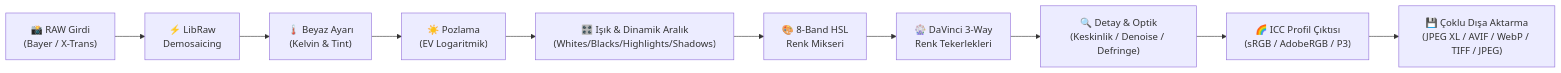
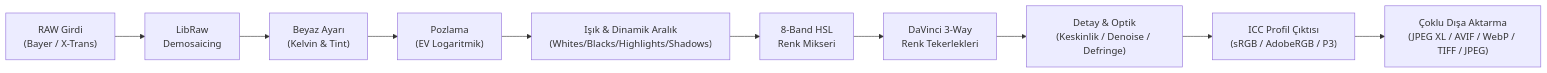
The second of 2 diagrams in README.tr.md (mickes66/omarchy-omastudio), drawn with Mermaid before and after one commit. The commit also changed other lines of this file and 3 other files, not shown here.

````diff
--- a/README.tr.md
+++ b/README.tr.md
@@ -66,12 +66,12 @@
 ```mermaid
 flowchart LR
-    A["📸 RAW Girdi<br/>(Bayer / X-Trans)"] --> B["⚡ LibRaw<br/>Demosaicing"]
-    B --> C["🌡️ Beyaz Ayarı<br/>(Kelvin & Tint)"]
-    C --> D["☀️ Pozlama<br/>(EV Logaritmik)"]
-    D --> E["🎛️ Işık & Dinamik Aralık<br/>(Whites/Blacks/Highlights/Shadows)"]
-    E --> F["🎨 8-Band HSL<br/>Renk Mikseri"]
-    F --> G["🎡 DaVinci 3-Way<br/>Renk Tekerlekleri"]
-    G --> H["🔍 Detay & Optik<br/>(Keskinlik / Denoise / Defringe)"]
-    H --> I["🌈 ICC Profil Çıktısı<br/>(sRGB / AdobeRGB / P3)"]
-    I --> J["💾 Çoklu Dışa Aktarma<br/>(JPEG XL / AVIF / WebP / TIFF / JPEG)"]
+    A[" RAW Girdi<br/>(Bayer / X-Trans)"] --> B[" LibRaw<br/>Demosaicing"]
+    B --> C[" Beyaz Ayarı<br/>(Kelvin & Tint)"]
+    C --> D[" Pozlama<br/>(EV Logaritmik)"]
+    D --> E[" Işık & Dinamik Aralık<br/>(Whites/Blacks/Highlights/Shadows)"]
+    E --> F[" 8-Band HSL<br/>Renk Mikseri"]
+    F --> G[" DaVinci 3-Way<br/>Renk Tekerlekleri"]
+    G --> H[" Detay & Optik<br/>(Keskinlik / Denoise / Defringe)"]
+    H --> I[" ICC Profil Çıktısı<br/>(sRGB / AdobeRGB / P3)"]
+    I --> J[" Çoklu Dışa Aktarma<br/>(JPEG XL / AVIF / WebP / TIFF / JPEG)"]
 ```
````
